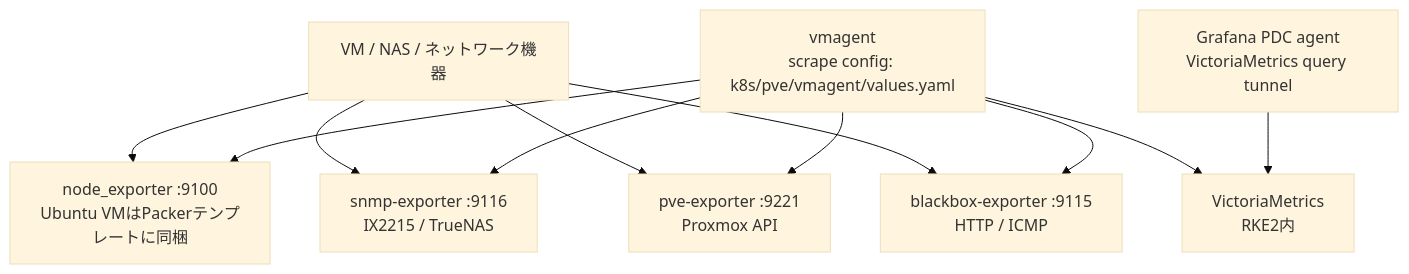
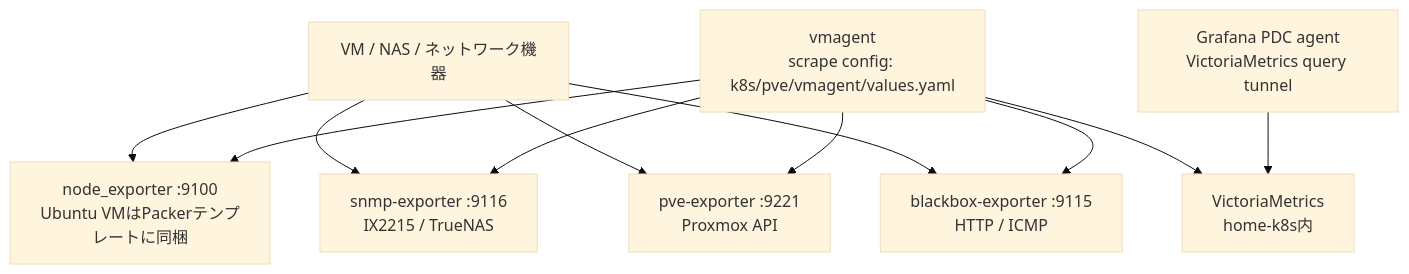
Before and after one commit to miutaku/my-infra: the fourth of 4 diagrams in README.md, drawn with Mermaid (base theme). The commit also changed other lines of this file and 33 other files, not shown here.

````diff
--- a/README.md
+++ b/README.md
@@ -329,22 +327,22 @@
 ```mermaid
 flowchart TB
   Hosts[VM / NAS / ネットワーク機器]
   Node[node_exporter :9100<br/>Ubuntu VMはPackerテンプレートに同梱]
   SNMP[snmp-exporter :9116<br/>IX2215 / TrueNAS]
   PVE[pve-exporter :9221<br/>Proxmox API]
   Blackbox[blackbox-exporter :9115<br/>HTTP / ICMP]
   Agent[vmagent<br/>scrape config: k8s/pve/vmagent/values.yaml]
-  VM[VictoriaMetrics<br/>RKE2内]
+  VM[VictoriaMetrics<br/>home-k8s内]
   PDC[Grafana PDC agent<br/>VictoriaMetrics query tunnel]
 
   Hosts --> Node
   Hosts --> SNMP
   Hosts --> PVE
   Hosts --> Blackbox
   Agent --> Node
   Agent --> SNMP
   Agent --> PVE
   Agent --> Blackbox
   Agent --> VM
   PDC --> VM
 ```
````
